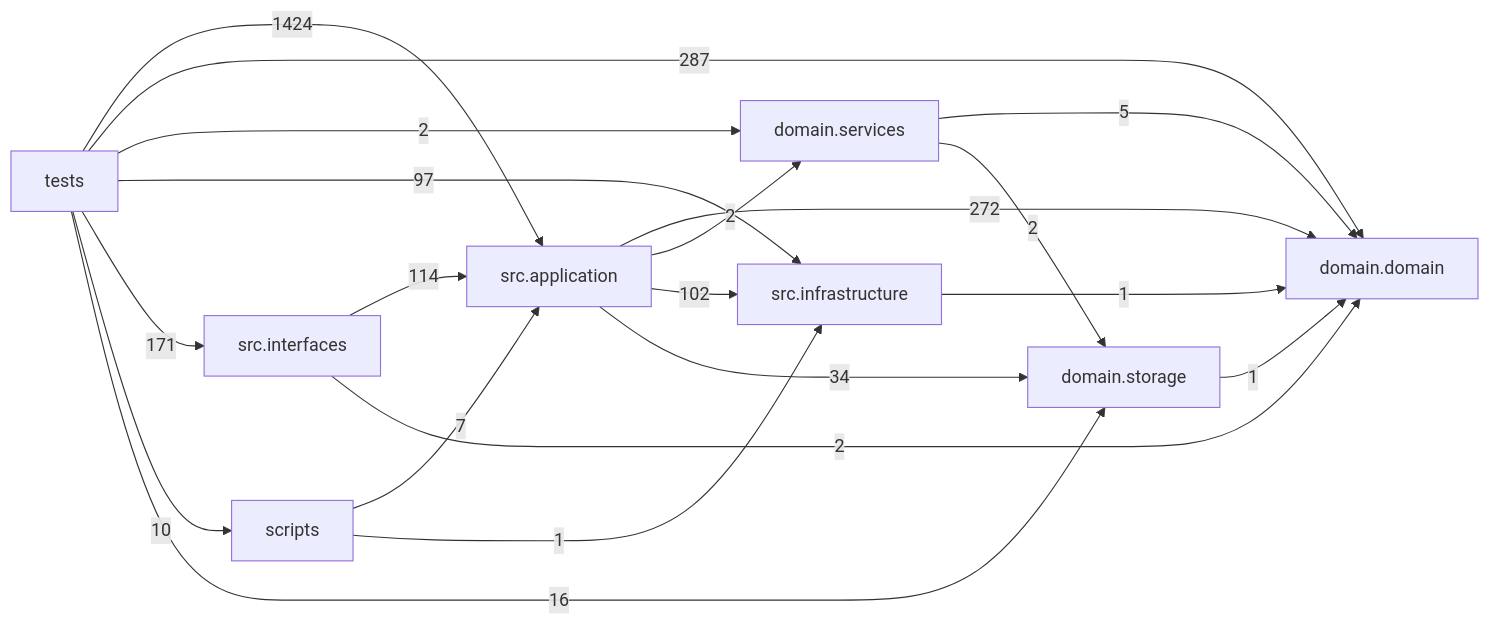
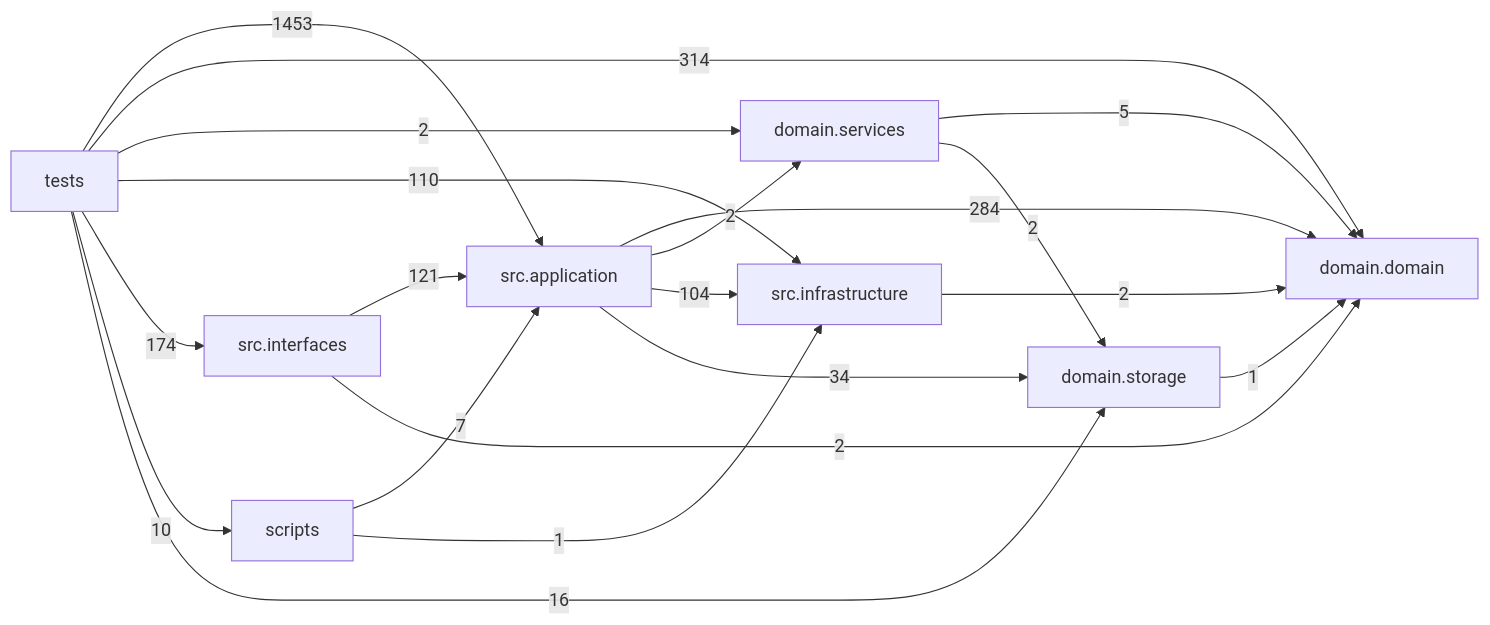
The diagram in docs/DEPENDENCY_GRAPH.md (liuxie066/options-monitor), drawn with Mermaid before and after one commit. The commit also changed other lines of this file and 17 other files, not shown here.

````diff
--- a/docs/DEPENDENCY_GRAPH.md
+++ b/docs/DEPENDENCY_GRAPH.md
@@ -24,30 +24,30 @@
 ```mermaid
 flowchart LR
   tests["tests"]
   scripts["scripts"]
   interfaces["src.interfaces"]
   application["src.application"]
   infrastructure["src.infrastructure"]
   domain_services["domain.services"]
   domain["domain.domain"]
   storage["domain.storage"]
-  application -->|272| domain
+  application -->|284| domain
   application -->|2| domain_services
-  application -->|102| infrastructure
+  application -->|104| infrastructure
   application -->|34| storage
   domain_services -->|5| domain
   domain_services -->|2| storage
-  infrastructure -->|1| domain
-  interfaces -->|114| application
+  infrastructure -->|2| domain
+  interfaces -->|121| application
   interfaces -->|2| domain
   scripts -->|7| application
   scripts -->|1| infrastructure
   storage -->|1| domain
-  tests -->|1424| application
-  tests -->|287| domain
+  tests -->|1453| application
+  tests -->|314| domain
   tests -->|2| domain_services
-  tests -->|97| infrastructure
-  tests -->|171| interfaces
+  tests -->|110| infrastructure
+  tests -->|174| interfaces
   tests -->|10| scripts
   tests -->|16| storage
 ```
````
